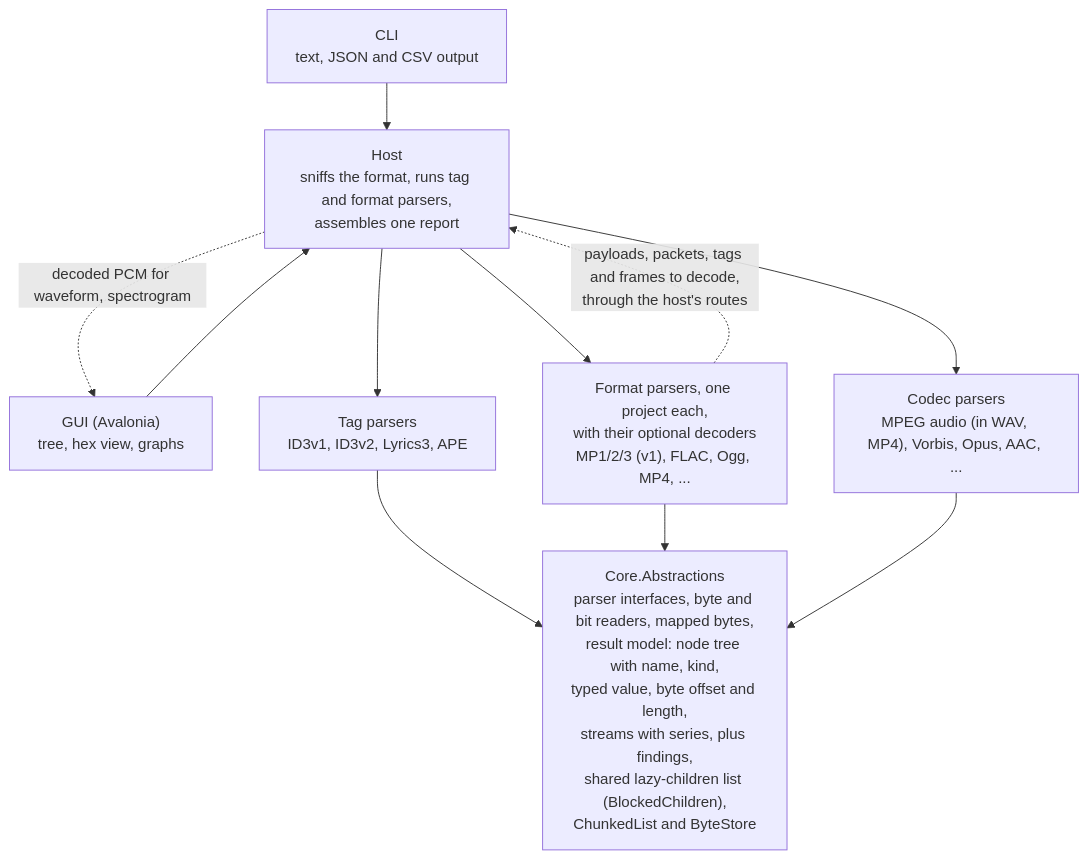
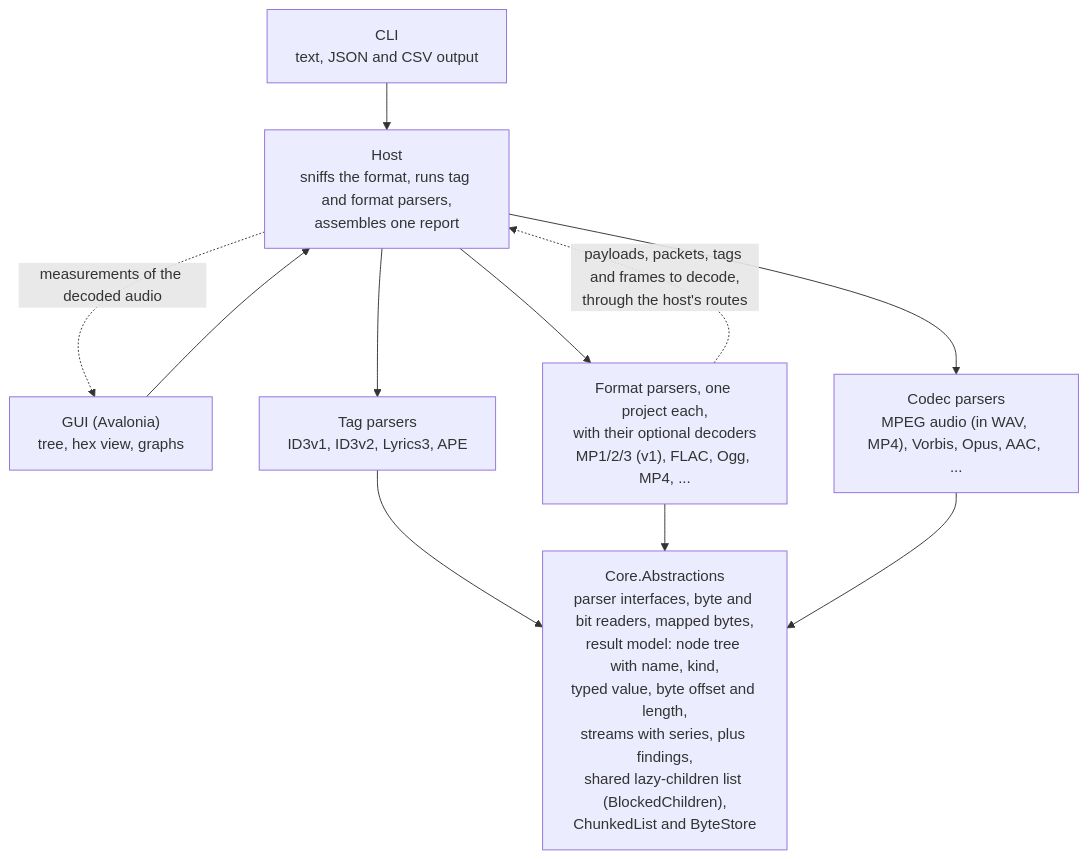
Before and after one commit to smares/encspect: the diagram in docs/PLAN.md, drawn with Mermaid. The commit also changed other lines of this file and 215 other files, not shown here.

````diff
--- a/docs/PLAN.md
+++ b/docs/PLAN.md
@@ -48,13 +48,13 @@
 ```mermaid
 flowchart TD
     CLI["CLI<br/>text, JSON and CSV output"] --> Host
     GUI["GUI (Avalonia)<br/>tree, hex view, graphs"] --> Host
-    Host -.->|"decoded PCM for waveform, spectrogram"| GUI
+    Host -.->|"measurements of the decoded audio"| GUI
     Host["Host<br/>sniffs the format, runs tag and format parsers,<br/>assembles one report"] --> Tags["Tag parsers<br/>ID3v1, ID3v2, Lyrics3, APE"]
     Host --> Formats["Format parsers, one project each,<br/>with their optional decoders<br/>MP1/2/3 (v1), FLAC, Ogg, MP4, ..."]
     Host --> Codecs["Codec parsers<br/>MPEG audio (in WAV, MP4), Vorbis, Opus, AAC, ..."]
     Formats -.->|"payloads, packets, tags and frames to decode,<br/>through the host's routes"| Host
     Tags --> Core["Core.Abstractions<br/>parser interfaces, byte and bit readers, mapped bytes,<br/>result model: node tree with name, kind,<br/>typed value, byte offset and length,<br/>streams with series, plus findings,<br/>shared lazy-children list (BlockedChildren),<br/>ChunkedList and ByteStore"]
     Formats --> Core
     Codecs --> Core
 ```
````
